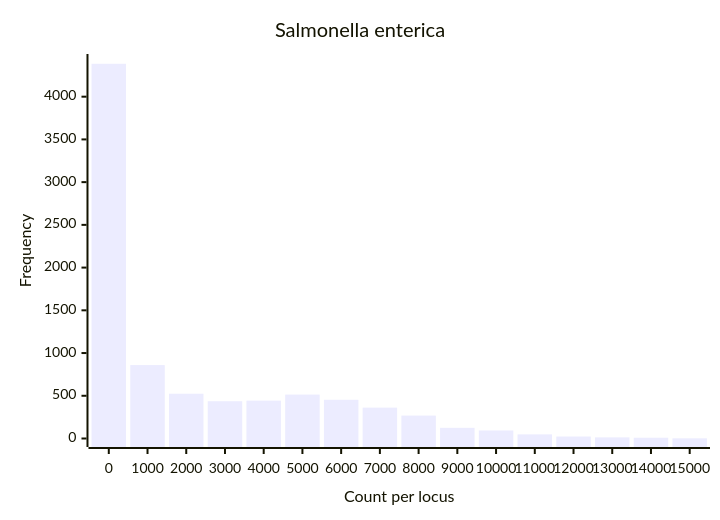
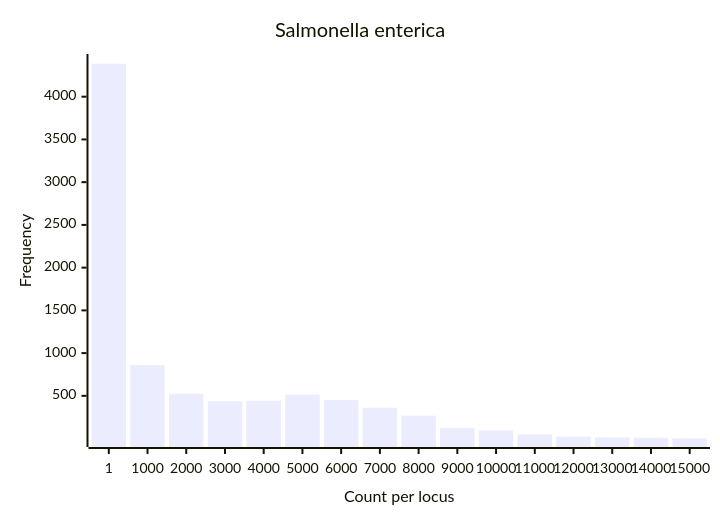
The diagram in _posts/2021-10-14-welcome-to-jekyll.markdown (lskatz/lskatz.github.io), drawn with Mermaid before and after one commit.

Commit message:
introduce small change to see if it changes on site

````diff
--- a/_posts/2021-10-14-welcome-to-jekyll.markdown
+++ b/_posts/2021-10-14-welcome-to-jekyll.markdown
@@ -31,7 +31,7 @@
 ```mermaid
 xychart-beta
     title "Salmonella enterica"
-    x-axis "Count per locus" [0, 1000, 2000, 3000, 4000, 5000, 6000, 7000, 8000, 9000, 10000, 11000, 12000, 13000, 14000, 15000]
-    y-axis "Frequency" 0 --> 4400
+    x-axis "Count per locus" [1, 1000, 2000, 3000, 4000, 5000, 6000, 7000, 8000, 9000, 10000, 11000, 12000, 13000, 14000, 15000]
+    y-axis "Frequency" 1 --> 4400
     bar [4385, 859, 524, 436, 443, 514, 453, 361, 268, 125, 94, 48, 23, 13, 9, 2]
 ```
````
